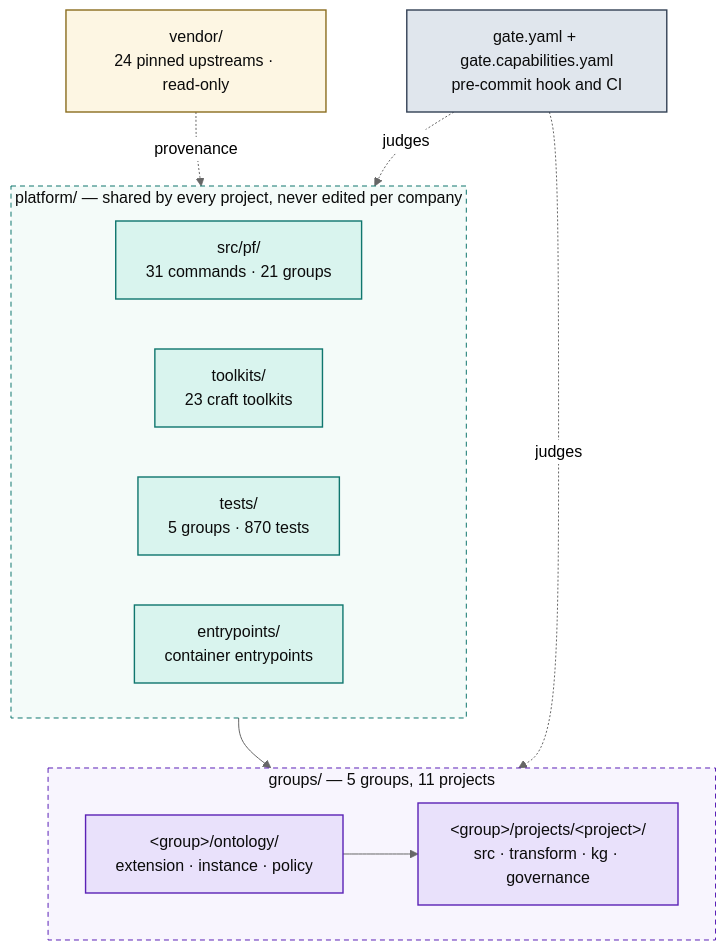
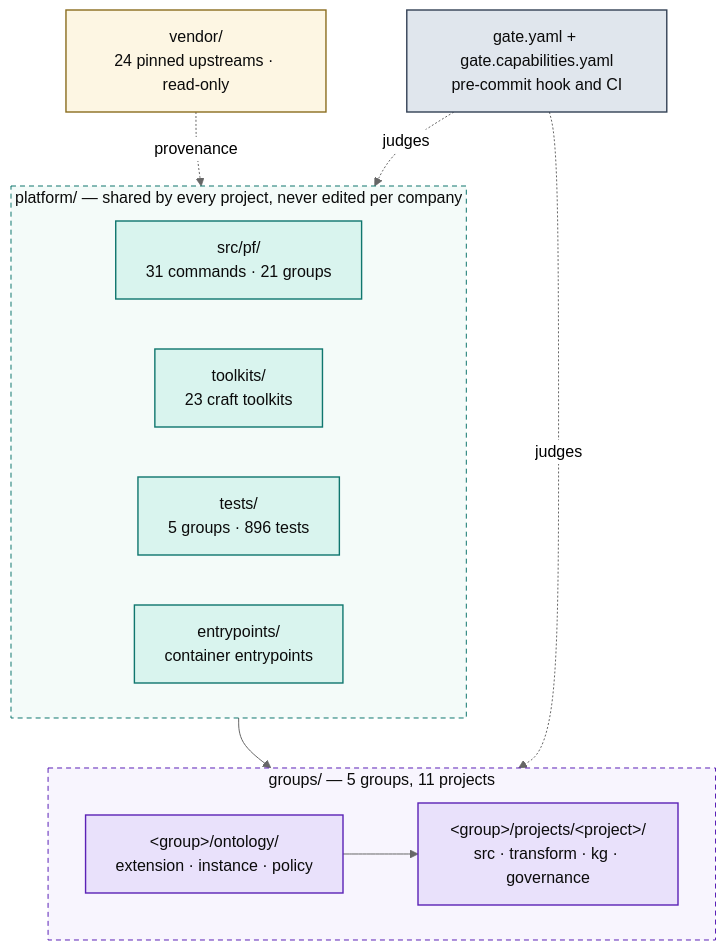
One commit to Atomz-org/data-platform changed the first of 5 diagrams in docs/ARCHITECTURE.md. Above: the diagram before and after it, drawn with Mermaid (neutral theme). The commit also changed other lines of this file and 7 other files, not shown here.

````diff
--- a/docs/ARCHITECTURE.md
+++ b/docs/ARCHITECTURE.md
@@ -15,36 +15,36 @@
 ```mermaid
 flowchart TB
   subgraph SHARED["platform/ — shared by every project, never edited per company"]
     direction LR
     ENG["src/pf/<br/>31 commands · 21 groups"]
     TK["toolkits/<br/>23 craft toolkits"]
-    TST["tests/<br/>5 groups · 870 tests"]
+    TST["tests/<br/>5 groups · 896 tests"]
     ENT["entrypoints/<br/>container entrypoints"]
   end
 
   subgraph ENTITIES["groups/ — 5 groups, 11 projects"]
     direction LR
     GRP["&lt;group&gt;/ontology/<br/>extension · instance · policy"]
     PRJ["&lt;group&gt;/projects/&lt;project&gt;/<br/>src · transform · kg · governance"]
     GRP --> PRJ
   end
 
   VEN["vendor/<br/>24 pinned upstreams · read-only"]
   GATE["gate.yaml + gate.capabilities.yaml<br/>pre-commit hook and CI"]
 
   SHARED --> ENTITIES
   VEN -.provenance.-> SHARED
   GATE -.judges.-> ENTITIES
   GATE -.judges.-> SHARED
 
   classDef code fill:#d9f4ee,stroke:#0f766e,stroke-width:1.4px,color:#0b0b0b
   classDef data fill:#e9e1fb,stroke:#5b21b6,stroke-width:1.4px,color:#0b0b0b
   classDef gov fill:#e0e6ed,stroke:#334155,stroke-width:1.4px,color:#0b0b0b
   classDef ext fill:#fdf6e3,stroke:#8a6d1f,stroke-width:1.4px,color:#0b0b0b
   class ENG,TK,TST,ENT code
   class GRP,PRJ data
   class GATE gov
   class VEN ext
   style SHARED fill:#f4fbf9,stroke:#0f766e,stroke-dasharray:5 4,color:#0b0b0b
   style ENTITIES fill:#f8f5fe,stroke:#5b21b6,stroke-dasharray:5 4,color:#0b0b0b
 ```
````
